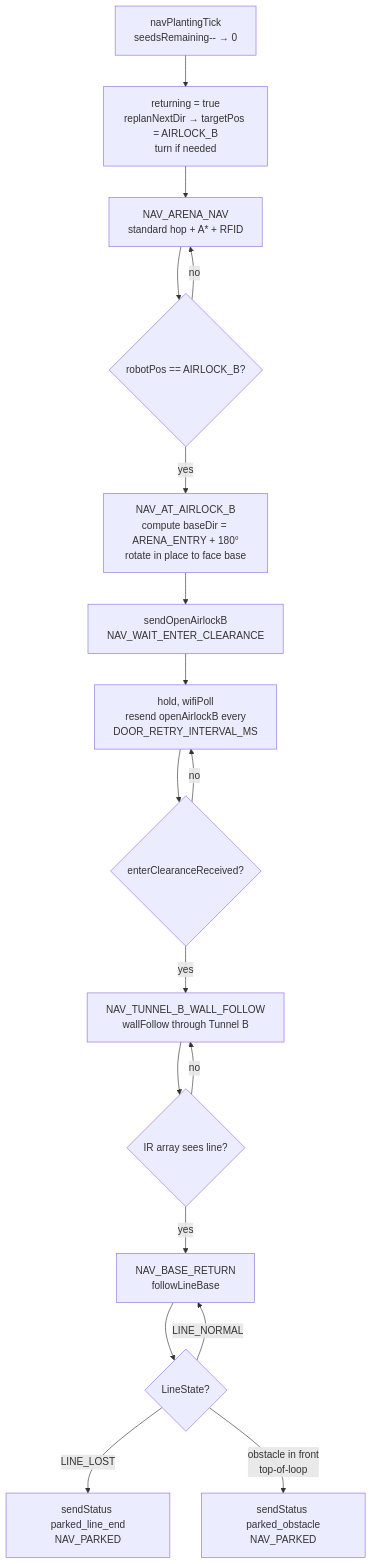
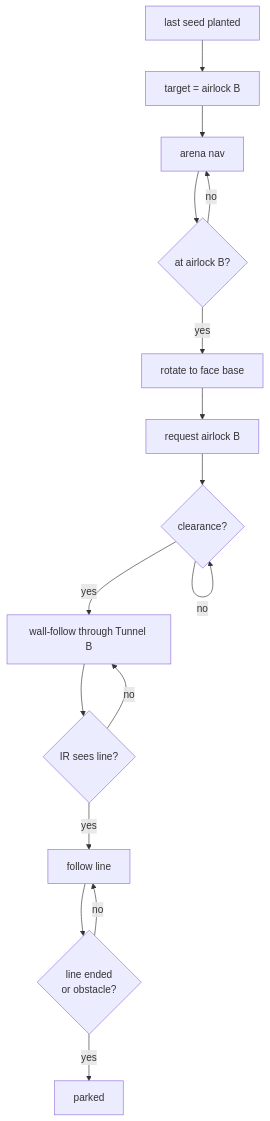
One commit to Stanleyhoo1/Robotics-Challenge changed the seventh of 8 diagrams in docs/flowcharts.md. Above: the diagram before and after it, drawn with Mermaid. The commit also changed other lines of this file, not shown here.

Commit message:
flowcharts fixed

````diff
--- a/docs/flowcharts.md
+++ b/docs/flowcharts.md
@@ -199,20 +145,18 @@
 ```mermaid
 flowchart TD
-    A[navPlantingTick<br/>seedsRemaining-- → 0] --> B[returning = true<br/>replanNextDir → targetPos = AIRLOCK_B<br/>turn if needed]
-    B --> C[NAV_ARENA_NAV<br/>standard hop + A* + RFID]
-    C --> D{robotPos == AIRLOCK_B?}
-    D -- no --> C
-    D -- yes --> E[NAV_AT_AIRLOCK_B<br/>compute baseDir = ARENA_ENTRY + 180°<br/>rotate in place to face base]
-    E --> F[sendOpenAirlockB<br/>NAV_WAIT_ENTER_CLEARANCE]
-    F --> G[hold, wifiPoll<br/>resend openAirlockB every<br/>DOOR_RETRY_INTERVAL_MS]
-    G --> H{enterClearanceReceived?}
-    H -- no --> G
-    H -- yes --> I[NAV_TUNNEL_B_WALL_FOLLOW<br/>wallFollow through Tunnel B]
-    I --> J{IR array sees line?}
-    J -- no --> I
-    J -- yes --> K[NAV_BASE_RETURN<br/>followLineBase]
-    K --> L{LineState?}
-    L -- LINE_NORMAL --> K
-    L -- LINE_LOST --> M[sendStatus parked_line_end<br/>NAV_PARKED]
-    L -- obstacle in front<br/>top-of-loop --> N[sendStatus parked_obstacle<br/>NAV_PARKED]
+    A["last seed planted"] --> B["target = airlock B"]
+    B --> C["arena nav"]
+    C --> D{"at airlock B?"}
+    D -->|no| C
+    D -->|yes| E["rotate to face base"]
+    E --> F["request airlock B"]
+    F --> G{"clearance?"}
+    G -->|no| G
+    G -->|yes| H["wall-follow through Tunnel B"]
+    H --> I{"IR sees line?"}
+    I -->|no| H
+    I -->|yes| J["follow line"]
+    J --> K{"line ended<br/>or obstacle?"}
+    K -->|no| J
+    K -->|yes| L["parked"]
 ```
````
